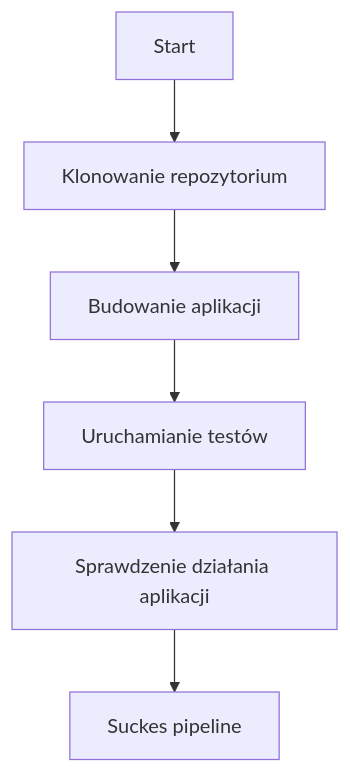
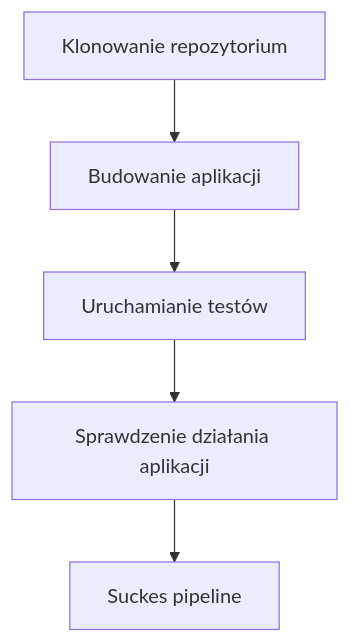
Before and after one commit to InzynieriaOprogramowaniaAGH/MDO2025_INO: the diagram in ITE/GC_L05/Sprawozdanie2/README.md, drawn with Mermaid.

````diff
--- a/ITE/GC_L05/Sprawozdanie2/README.md
+++ b/ITE/GC_L05/Sprawozdanie2/README.md
@@ -1036,8 +1036,7 @@
 ```mermaid
 flowchart TD
-    Start --> Clone[Klonowanie repozytorium]
-    Clone --> Build[Budowanie aplikacji]
+    Clone[Klonowanie repozytorium] --> Build[Budowanie aplikacji]
     Build --> Test[Uruchamianie testów]
     Test --> Report[Sprawdzenie działania aplikacji]
     Report --> End[Suckes pipeline]
 ```
````
